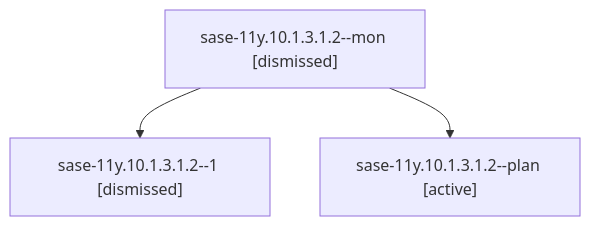
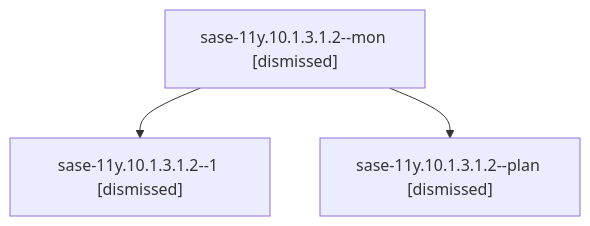
One commit to sase-org/sase--agents changed the diagram in sessions/bbugyi200.athena.sase-11y.10.1.3.1.2.md. Above: the diagram before and after it, drawn with Mermaid. The commit also changed other lines of this file and 306 other files, not shown here.

````diff
--- a/sessions/bbugyi200.athena.sase-11y.10.1.3.1.2.md
+++ b/sessions/bbugyi200.athena.sase-11y.10.1.3.1.2.md
@@ -9,8 +9,8 @@
 ```mermaid
 flowchart TD
   n0["sase-11y.10.1.3.1.2--mon [dismissed]"]
   n1["sase-11y.10.1.3.1.2--1 [dismissed]"]
   n0 --> n1
-  n2["sase-11y.10.1.3.1.2--plan [active]"]
+  n2["sase-11y.10.1.3.1.2--plan [dismissed]"]
   n0 --> n2
 ```
````
